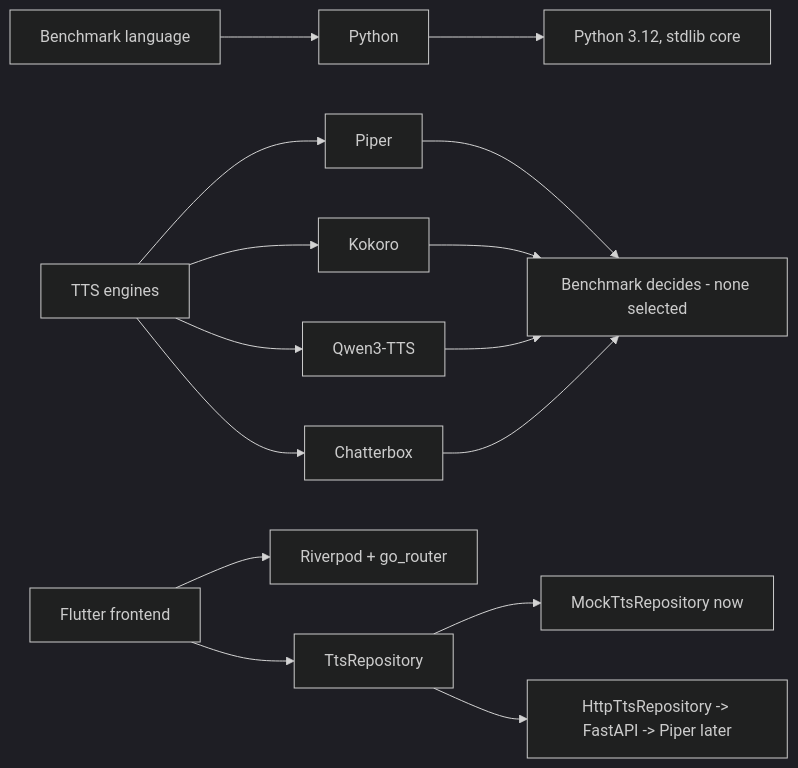
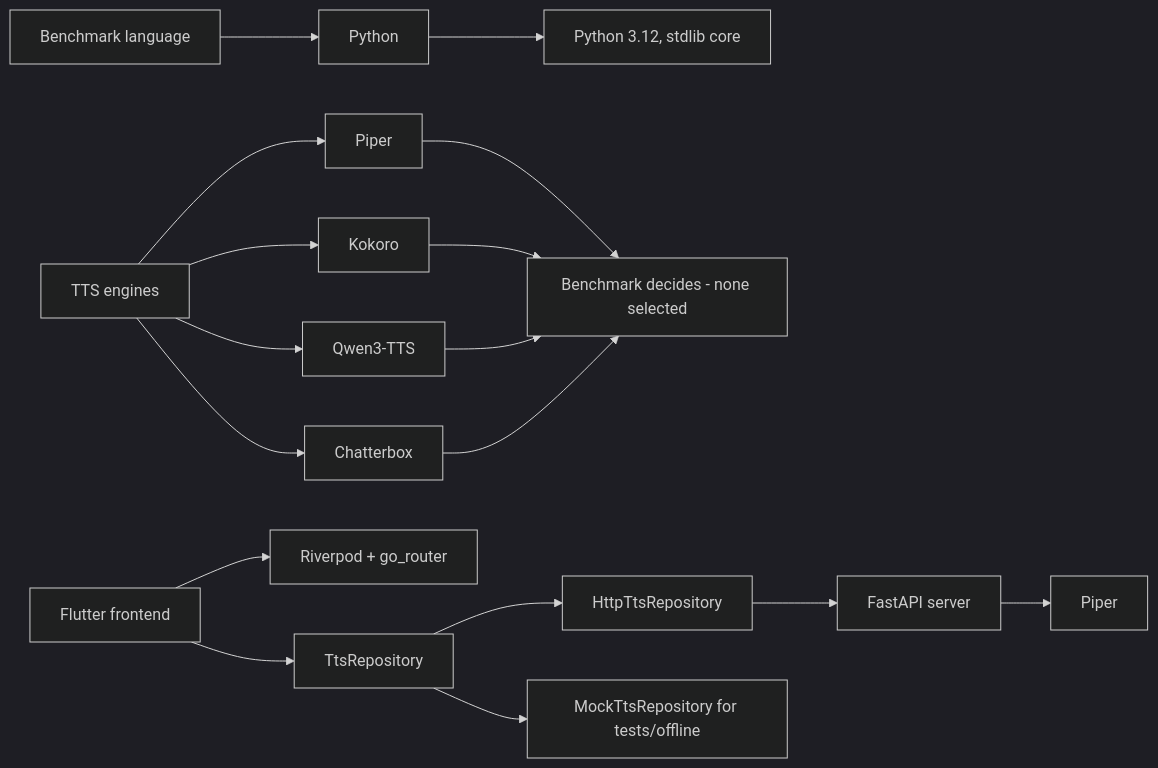
Before and after one commit to roshandroids/custom-navigation-voice-generator: the diagram in brain/stack.md, drawn with Mermaid (dark theme). The commit also changed other lines of this file and 2 other files, not shown here.

First line of the commit message:
docs(brain): record TTS service decision and update stack

````diff
--- a/brain/stack.md
+++ b/brain/stack.md
@@ -28,17 +28,19 @@
 ```mermaid
 graph LR
   D[Benchmark language] --> C1[Python]
   C1 --> P[Python 3.12, stdlib core]
   D2[TTS engines] --> C2[Piper]
   D2 --> C3[Kokoro]
   D2 --> C4[Qwen3-TTS]
   D2 --> C5[Chatterbox]
   C2 --> P2[Benchmark decides - none selected]
   C3 --> P2
   C4 --> P2
   C5 --> P2
   F[Flutter frontend] --> FR[Riverpod + go_router]
   F --> TTSB[TtsRepository]
-  TTSB --> M[MockTtsRepository now]
-  TTSB --> H[HttpTtsRepository -> FastAPI -> Piper later]
+  TTSB --> H1[HttpTtsRepository]
+  TTSB --> M[MockTtsRepository for tests/offline]
+  H1 --> API[FastAPI server]
+  API --> Pi[Piper]
 ```
````
